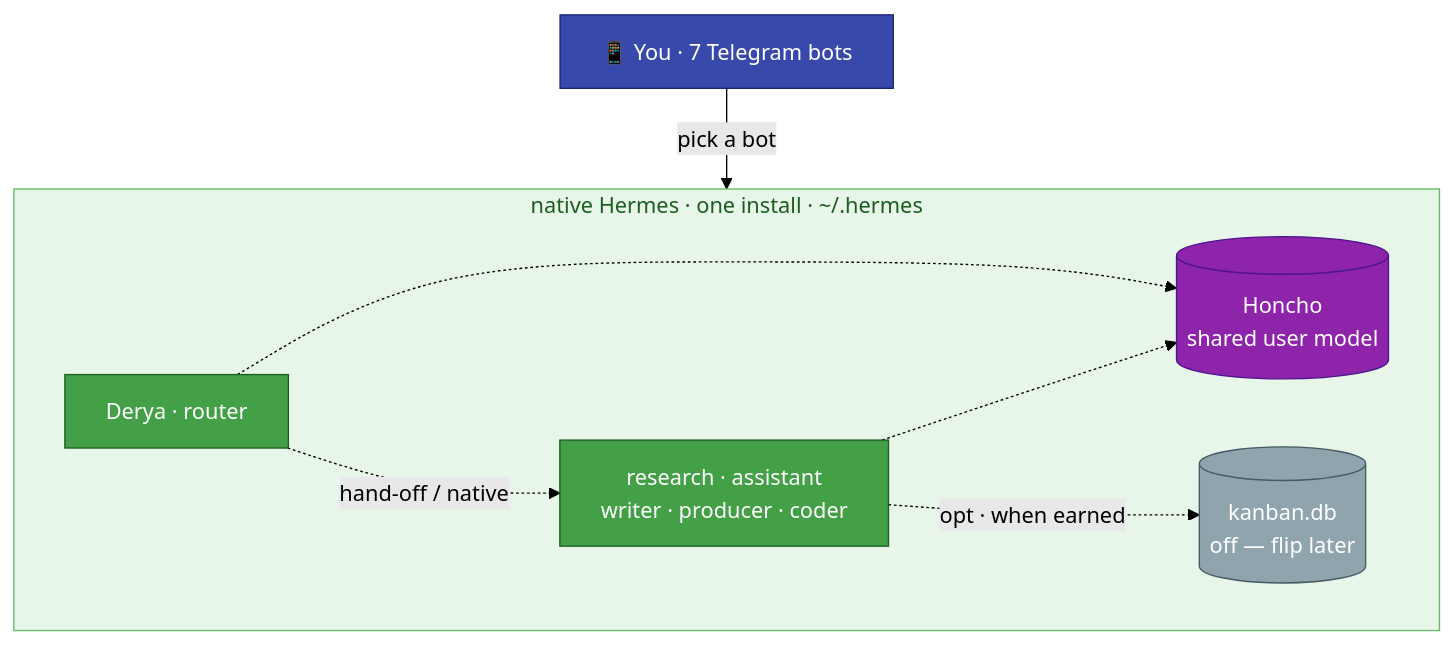
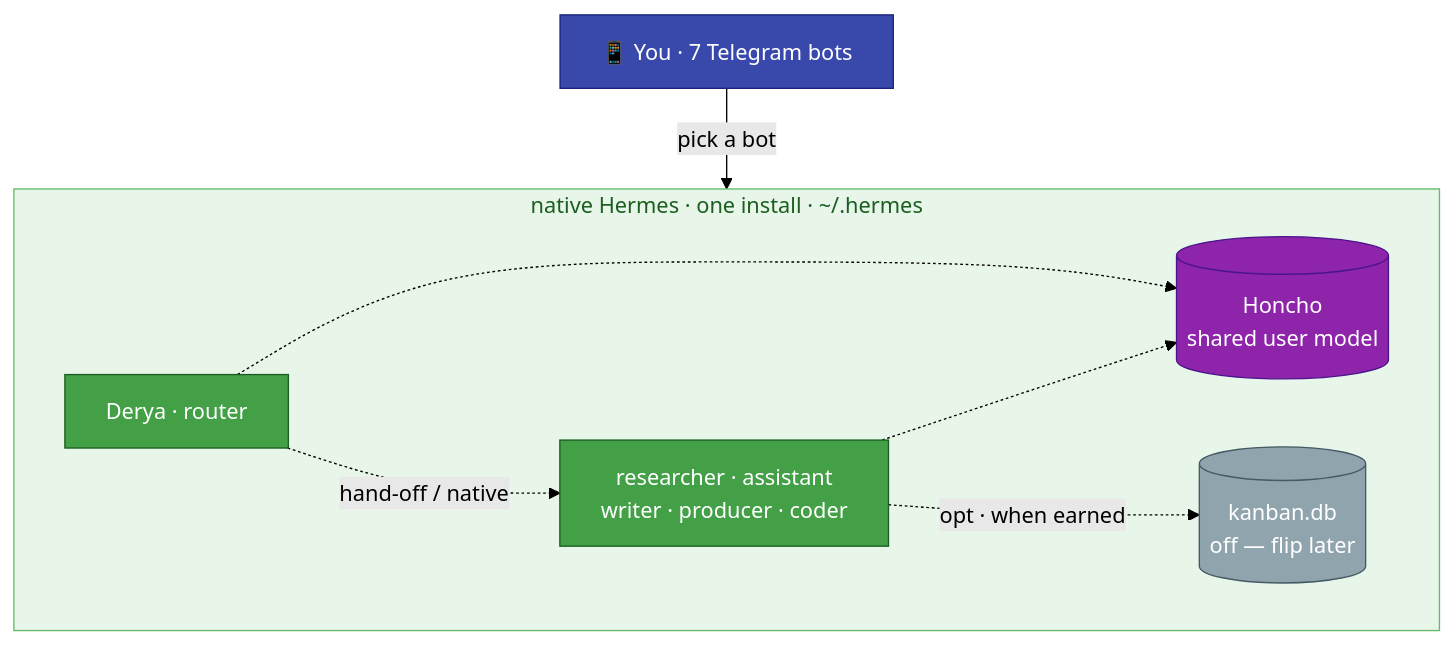
Before and after one commit to mpolatcan/hermes-setup: the diagram in docs/12-agent-comms.md, drawn with Mermaid (forest theme). The commit also changed other lines of this file and 14 other files, not shown here.

First line of the commit message:
refactor: rename slug research -> researcher

````diff
--- a/docs/12-agent-comms.md
+++ b/docs/12-agent-comms.md
@@ -7,21 +7,21 @@
 ```mermaid
 flowchart TB
     you["📱 You · 7 Telegram bots"]:::user
     subgraph install["native Hermes · one install · ~/.hermes"]
         direction LR
         derya["Derya · router"]:::mini
-        others["research · assistant<br/>writer · producer · coder"]:::mini
+        others["researcher · assistant<br/>writer · producer · coder"]:::mini
         honcho[("Honcho<br/>shared user model")]:::infra
         board[("kanban.db<br/>off — flip later")]:::off
     end
     you -->|pick a bot| install
     derya -.->|hand-off / native| others
     others -.-> honcho
     derya -.-> honcho
     others -. "opt · when earned" .-> board
     classDef user fill:#3949AB,stroke:#1A237E,color:#fff
     classDef mini fill:#43A047,stroke:#1B5E20,color:#fff
     classDef infra fill:#8E24AA,stroke:#4A148C,color:#fff
     classDef off fill:#90A4AE,stroke:#455A64,color:#fff
     style install fill:#E8F5E9,stroke:#66BB6A,color:#1B5E20
 ```
````
